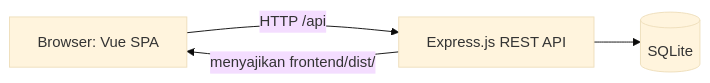
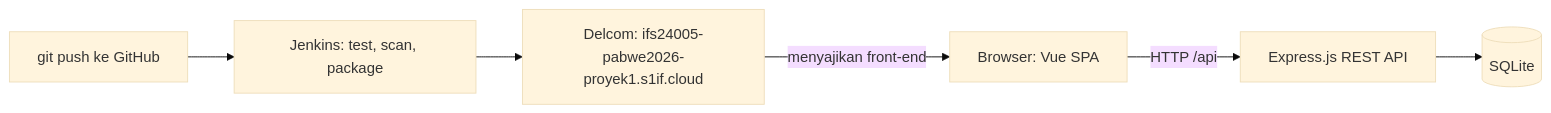
One commit to roulipanggabean36/ifs24005-pabwe2026-proyek1 changed the first of 2 diagrams in docs/DOKUMEN_PROYEK_1.md. Above: the diagram before and after it, drawn with Mermaid (base theme). The commit also changed other lines of this file, not shown here.

Commit message:
perbarui dokumen proyek: tabel users, autentikasi, dan struktur repo terpisah

````diff
--- a/docs/DOKUMEN_PROYEK_1.md
+++ b/docs/DOKUMEN_PROYEK_1.md
@@ -44,6 +45,8 @@
 ```mermaid
 flowchart LR
   A[Browser: Vue SPA] -->|HTTP /api| B[Express.js REST API]
   B --> C[(SQLite)]
-  B -->|menyajikan frontend/dist/| A
+  G[git push ke GitHub] --> J[Jenkins: test, scan, package]
+  J --> D[Delcom: ifs24005-pabwe2026-proyek1.s1if.cloud]
+  D -->|menyajikan front-end| A
 ```
````
